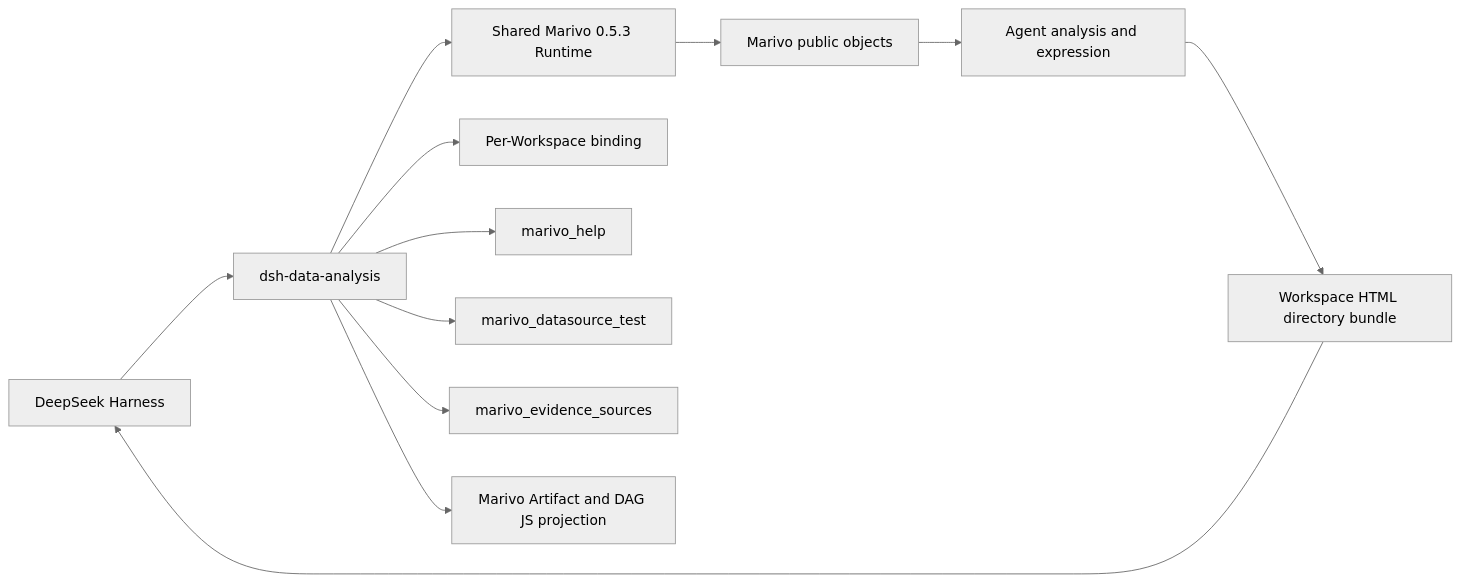
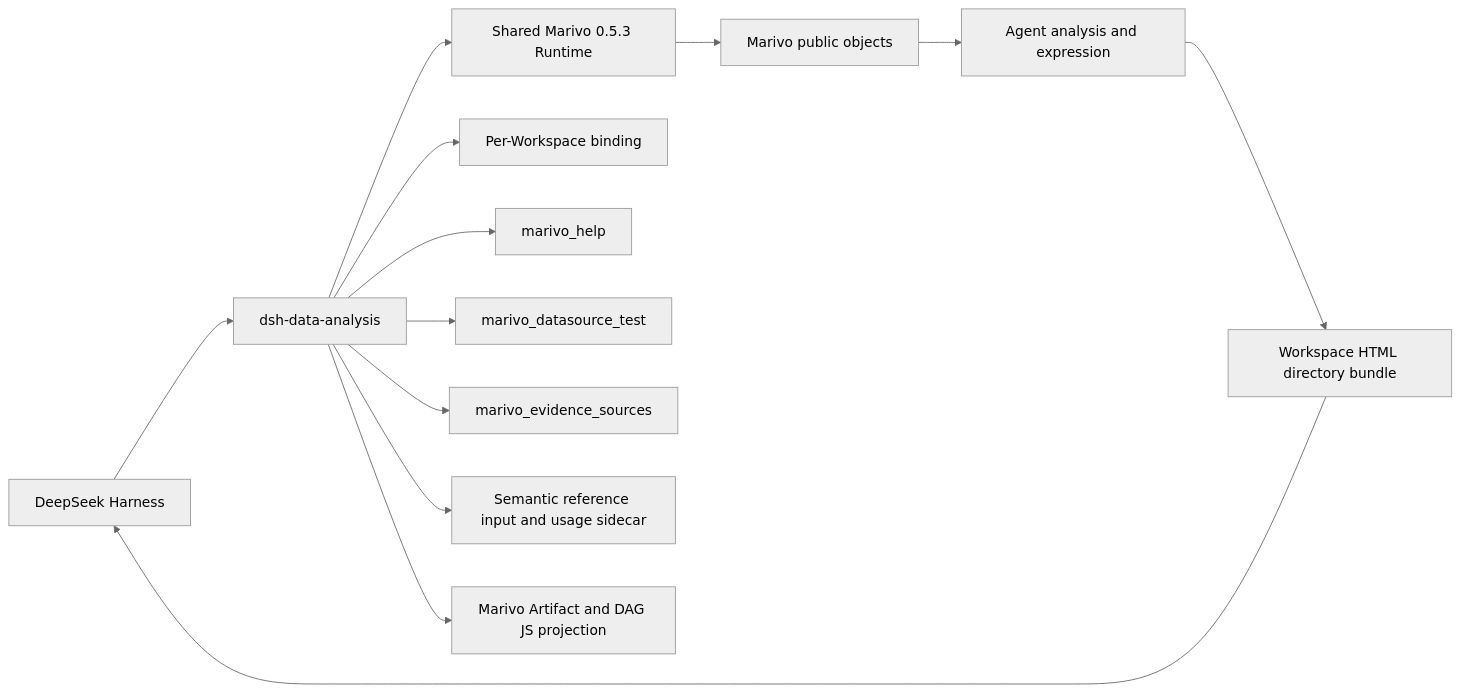
One commit to chengxianglibra/dsh-data-analysis changed the diagram in docs/architecture.md. Above: the diagram before and after it, drawn with Mermaid (neutral theme). The commit also changed other lines of this file and 33 other files, not shown here.

First line of the commit message:
feat: add semantic reference input MVP

````diff
--- a/docs/architecture.md
+++ b/docs/architecture.md
@@ -9,14 +9,15 @@
 ```mermaid
 flowchart LR
   D[DeepSeek Harness] --> P[dsh-data-analysis]
   P --> R[Shared Marivo 0.5.3 Runtime]
   P --> W[Per-Workspace binding]
   P --> H[marivo_help]
   P --> T[marivo_datasource_test]
   P --> E[marivo_evidence_sources]
+  P --> S[Semantic reference input and usage sidecar]
   P --> J[Marivo Artifact and DAG JS projection]
   R --> M[Marivo public objects]
   M --> A[Agent analysis and expression]
   A --> F[Workspace HTML directory bundle]
   F --> D
 ```
````
